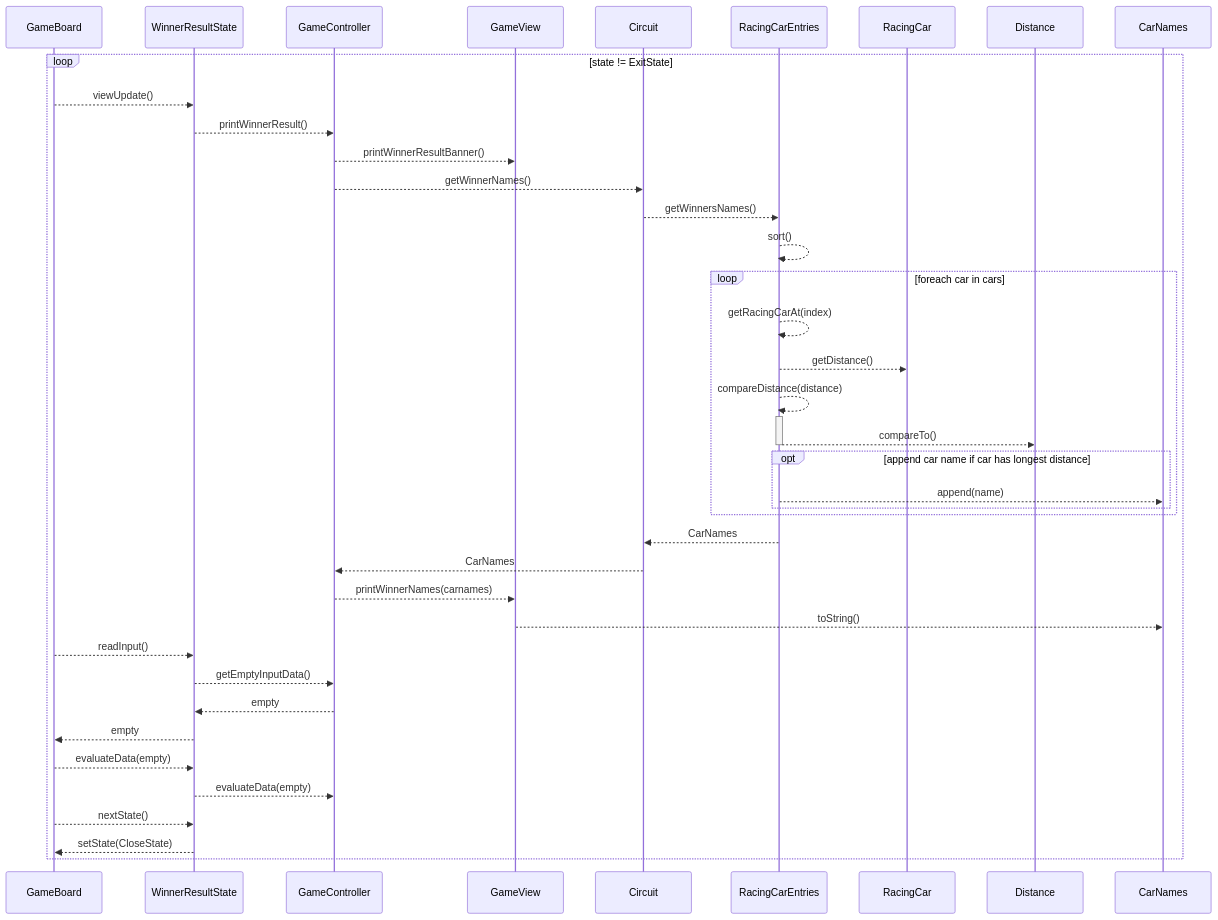
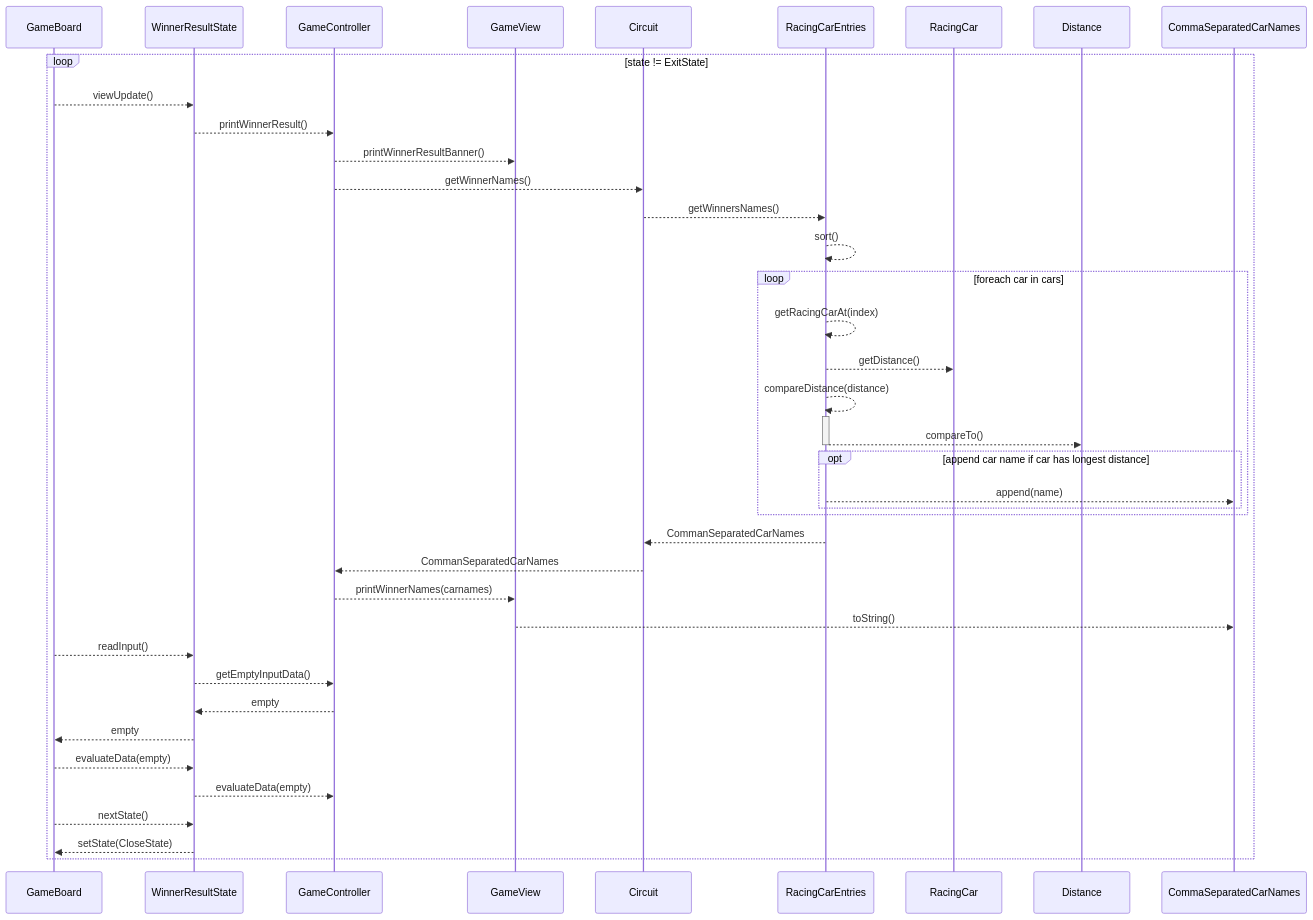
Before and after one commit to digiry/java-racingcar-precourse: the seventh of 8 diagrams in docs/sequence_diagram.md, drawn with Mermaid. The commit also changed other lines of this file and 2 other files, not shown here.

Commit message:
docs: rename CarNames to CommaSeparatedCarNames

````diff
--- a/docs/sequence_diagram.md
+++ b/docs/sequence_diagram.md
@@ -255,38 +255,38 @@
 ```mermaid
 sequenceDiagram
     loop state != ExitState
         GameBoard -->> WinnerResultState : viewUpdate()
         WinnerResultState -->> GameController : printWinnerResult()
         GameController -->> GameView : printWinnerResultBanner()
         GameController -->> Circuit : getWinnerNames()
         Circuit -->> RacingCarEntries : getWinnersNames()
         RacingCarEntries -->> RacingCarEntries : sort()
 
         loop foreach car in cars
             RacingCarEntries -->> RacingCarEntries : getRacingCarAt(index)
             RacingCarEntries -->> RacingCar : getDistance()
             RacingCarEntries -->>+ RacingCarEntries : compareDistance(distance)
             RacingCarEntries -->>- Distance : compareTo()
 
             opt append car name if car has longest distance
-                RacingCarEntries -->> CarNames : append(name)
+                RacingCarEntries -->> CommaSeparatedCarNames : append(name)
             end
         end
 
-        RacingCarEntries -->> Circuit : CarNames
-        Circuit -->> GameController : CarNames
+        RacingCarEntries -->> Circuit : CommanSeparatedCarNames
+        Circuit -->> GameController : CommanSeparatedCarNames
         GameController -->> GameView : printWinnerNames(carnames)
-        GameView -->> CarNames : toString()
+        GameView -->> CommaSeparatedCarNames : toString()
 
         GameBoard -->> WinnerResultState : readInput()
         WinnerResultState -->> GameController : getEmptyInputData()
         GameController -->> WinnerResultState : empty
         WinnerResultState -->> GameBoard : empty
 
         GameBoard -->> WinnerResultState : evaluateData(empty)
         WinnerResultState -->> GameController : evaluateData(empty)
         
         GameBoard -->> WinnerResultState : nextState()
         WinnerResultState -->> GameBoard : setState(CloseState)
     end
 ```
````
